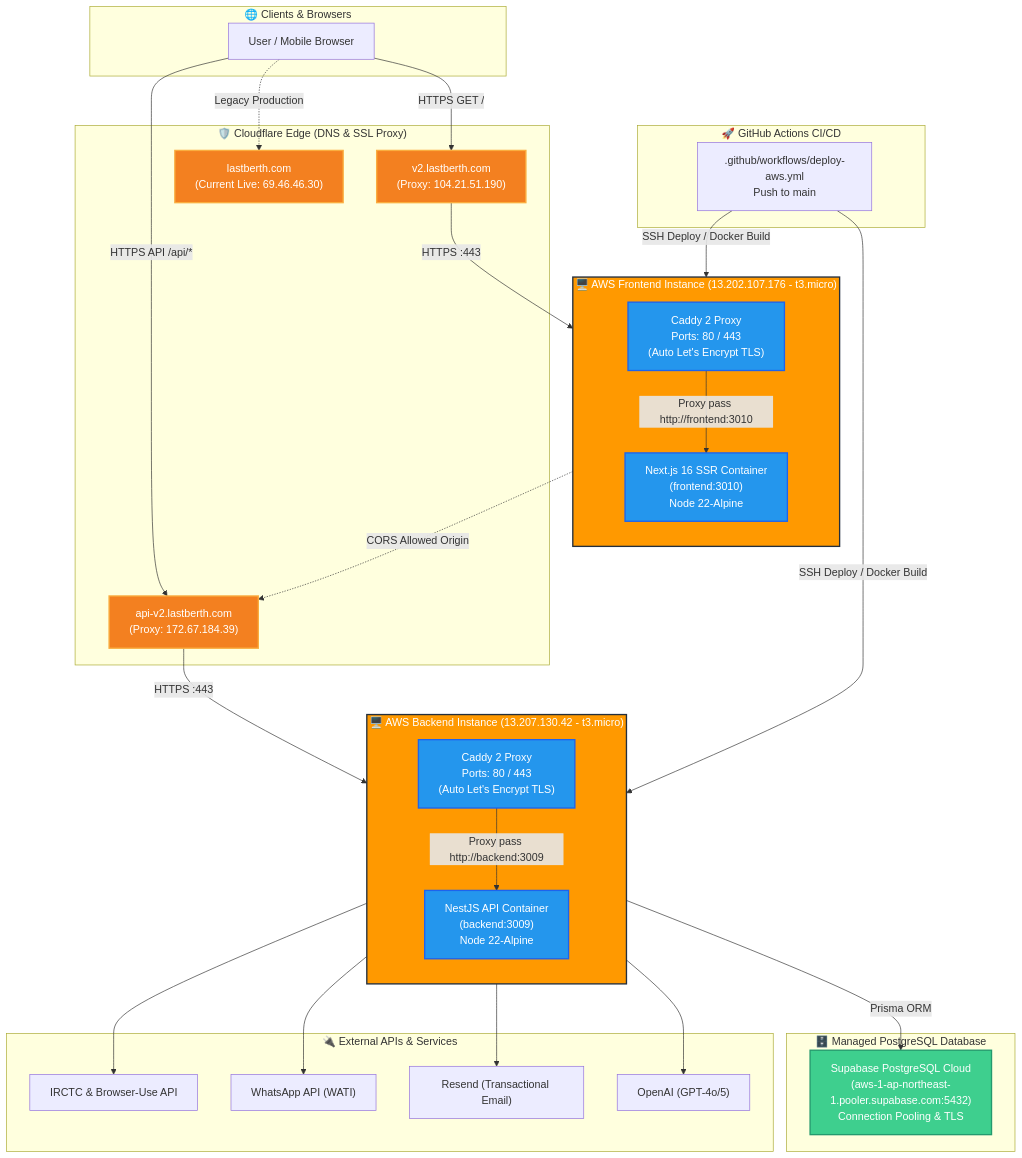
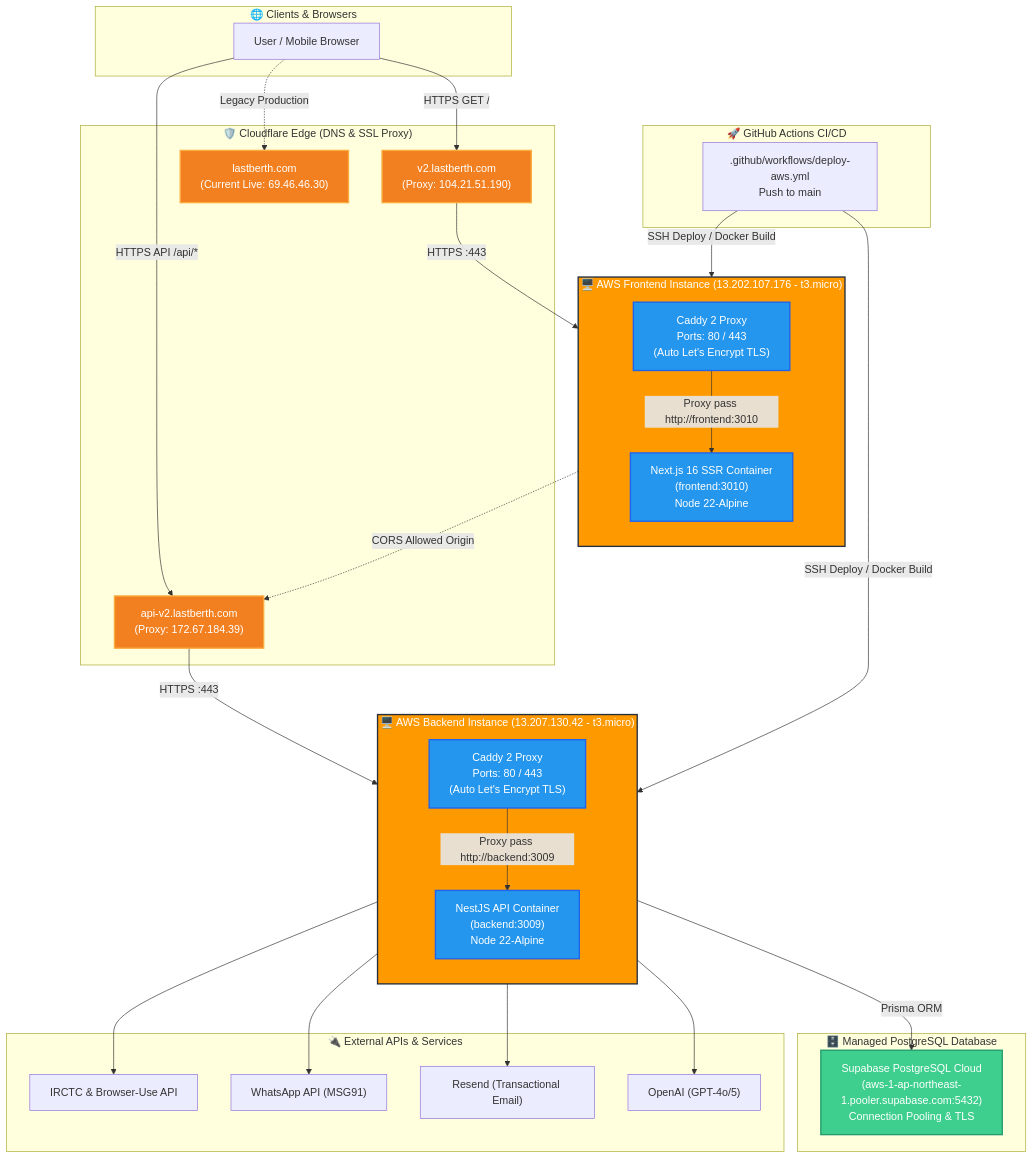
One commit to bizzareus/traintickets changed the diagram in README.md. Above: the diagram before and after it, drawn with Mermaid. The commit also changed 11 other files, not shown here.

Commit message:
refactor(notification): remove WATI WhatsApp provider

````diff
--- a/README.md
+++ b/README.md
@@ -46,75 +46,75 @@
 ```mermaid
 flowchart TD
     subgraph Client["🌐 Clients & Browsers"]
         User["User / Mobile Browser"]
     end
 
     subgraph Cloudflare["🛡️ Cloudflare Edge (DNS & SSL Proxy)"]
         CF_FE["v2.lastberth.com\n(Proxy: 104.21.51.190)"]
         CF_BE["api-v2.lastberth.com\n(Proxy: 172.67.184.39)"]
         CF_PROD["lastberth.com\n(Current Live: 69.46.46.30)"]
     end
 
     subgraph AWS_FE["🖥️ AWS Frontend Instance (13.202.107.176 - t3.micro)"]
         direction TB
         Caddy_FE["Caddy 2 Proxy\nPorts: 80 / 443\n(Auto Let's Encrypt TLS)"]
         NextJS["Next.js 16 SSR Container\n(frontend:3010)\nNode 22-Alpine"]
         Caddy_FE -->|"Proxy pass http://frontend:3010"| NextJS
     end
 
     subgraph AWS_BE["🖥️ AWS Backend Instance (13.207.130.42 - t3.micro)"]
         direction TB
         Caddy_BE["Caddy 2 Proxy\nPorts: 80 / 443\n(Auto Let's Encrypt TLS)"]
         NestJS["NestJS API Container\n(backend:3009)\nNode 22-Alpine"]
         
         Caddy_BE -->|"Proxy pass http://backend:3009"| NestJS
     end
 
     subgraph Database["🗄️ Managed PostgreSQL Database"]
         Supabase["Supabase PostgreSQL Cloud\n(aws-1-ap-northeast-1.pooler.supabase.com:5432)\nConnection Pooling & TLS"]
         NestJS -->|"Prisma ORM"| Supabase
     end
 
     subgraph External["🔌 External APIs & Services"]
         IRCTC["IRCTC & Browser-Use API"]
-        WATI["WhatsApp API (WATI)"]
+        MSG91["WhatsApp API (MSG91)"]
         Resend["Resend (Transactional Email)"]
         OpenAI["OpenAI (GPT-4o/5)"]
     end
 
     subgraph CICD["🚀 GitHub Actions CI/CD"]
         GHA[".github/workflows/deploy-aws.yml\nPush to main"]
     end
 
     %% Client Traffic
     User -->|"HTTPS GET /"| CF_FE
     User -->|"HTTPS API /api/*"| CF_BE
     User -.->|"Legacy Production"| CF_PROD
 
     %% Edge to Origin
     CF_FE -->|"HTTPS :443"| Caddy_FE
     CF_BE -->|"HTTPS :443"| Caddy_BE
 
     %% Frontend to Backend Cross-Origin
     NextJS -.->|"CORS Allowed Origin"| CF_BE
 
     %% Backend to External
     NestJS --> IRCTC
-    NestJS --> WATI
+    NestJS --> MSG91
     NestJS --> Resend
     NestJS --> OpenAI
 
     %% CI/CD Deployment
     GHA -->|"SSH Deploy / Docker Build"| AWS_FE
     GHA -->|"SSH Deploy / Docker Build"| AWS_BE
 
     classDef aws fill:#FF9900,stroke:#232F3E,stroke-width:2px,color:#fff;
     classDef cf fill:#F38020,stroke:#FAAD3F,stroke-width:2px,color:#fff;
     classDef container fill:#2496ED,stroke:#1D63ED,stroke-width:2px,color:#fff;
     classDef db fill:#3ECF8E,stroke:#249A6E,stroke-width:2px,color:#fff;
 
     class AWS_FE,AWS_BE aws;
     class CF_FE,CF_BE,CF_PROD cf;
     class NextJS,NestJS,Caddy_FE,Caddy_BE container;
     class Supabase db;
 ```
````
